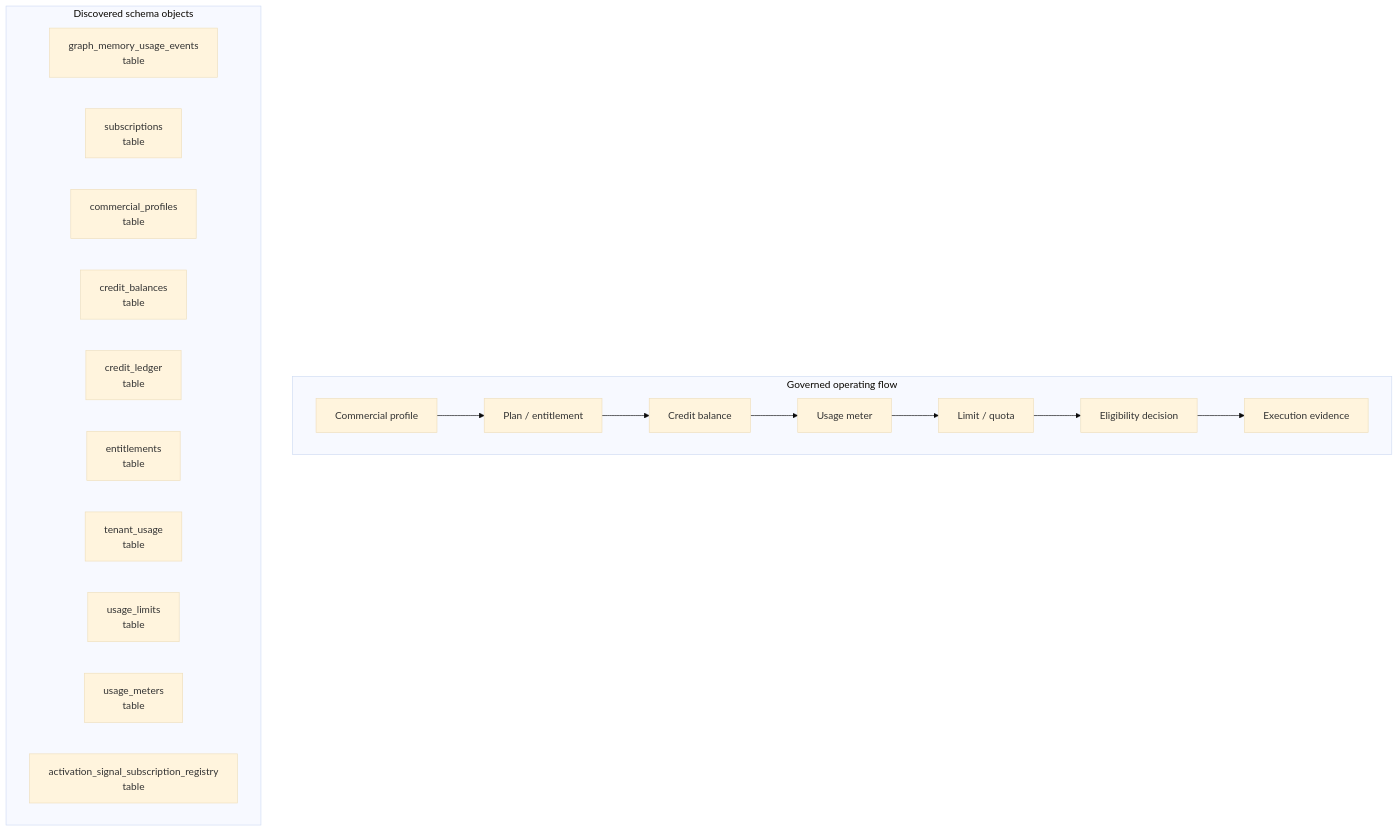
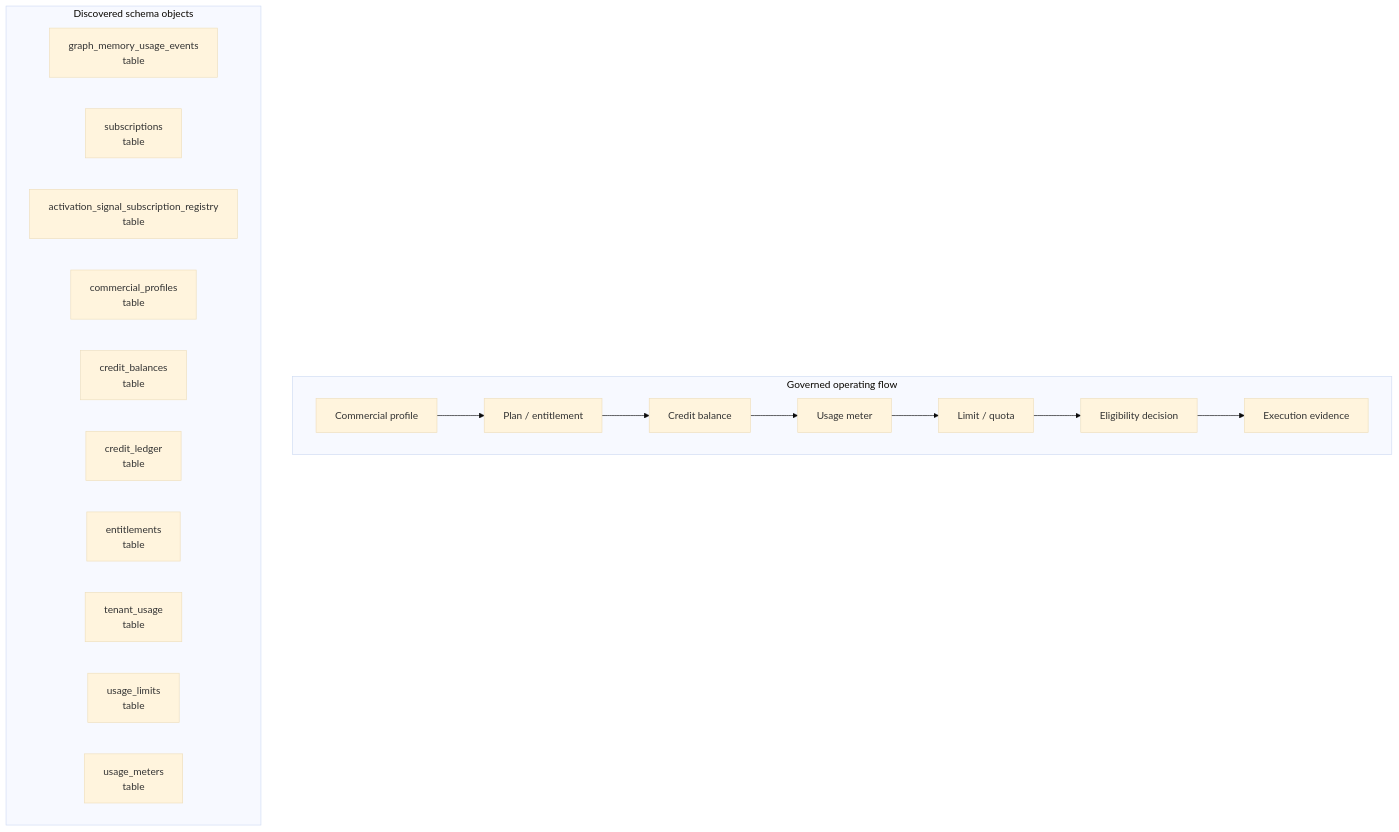
Before and after one commit to mad4bdigital-ai/multi-business-multi-role-growth-intelligence-os: the diagram in docs/work-maps/commercial-usage-map.md, drawn with Mermaid (base theme). The commit also changed other lines of this file and 22 other files, not shown here.

````diff
--- a/docs/work-maps/commercial-usage-map.md
+++ b/docs/work-maps/commercial-usage-map.md
@@ -9,31 +9,31 @@
 ```mermaid
 flowchart TD
   subgraph OperatingFlow["Governed operating flow"]
   c_0["Commercial profile"]
   c_1["Plan / entitlement"]
   c_2["Credit balance"]
   c_3["Usage meter"]
   c_4["Limit / quota"]
   c_5["Eligibility decision"]
   c_6["Execution evidence"]
   c_0 --> c_1
   c_1 --> c_2
   c_2 --> c_3
   c_3 --> c_4
   c_4 --> c_5
   c_5 --> c_6
   end
   subgraph DiscoveredSchema["Discovered schema objects"]
   n_graph_memory_usage_events["graph_memory_usage_events<br/>table"]
   n_subscriptions["subscriptions<br/>table"]
+  n_activation_signal_subscription_registry["activation_signal_subscription_registry<br/>table"]
   n_commercial_profiles["commercial_profiles<br/>table"]
   n_credit_balances["credit_balances<br/>table"]
   n_credit_ledger["credit_ledger<br/>table"]
   n_entitlements["entitlements<br/>table"]
   n_tenant_usage["tenant_usage<br/>table"]
   n_usage_limits["usage_limits<br/>table"]
   n_usage_meters["usage_meters<br/>table"]
-  n_activation_signal_subscription_registry["activation_signal_subscription_registry<br/>table"]
 
   end
 ```
````
